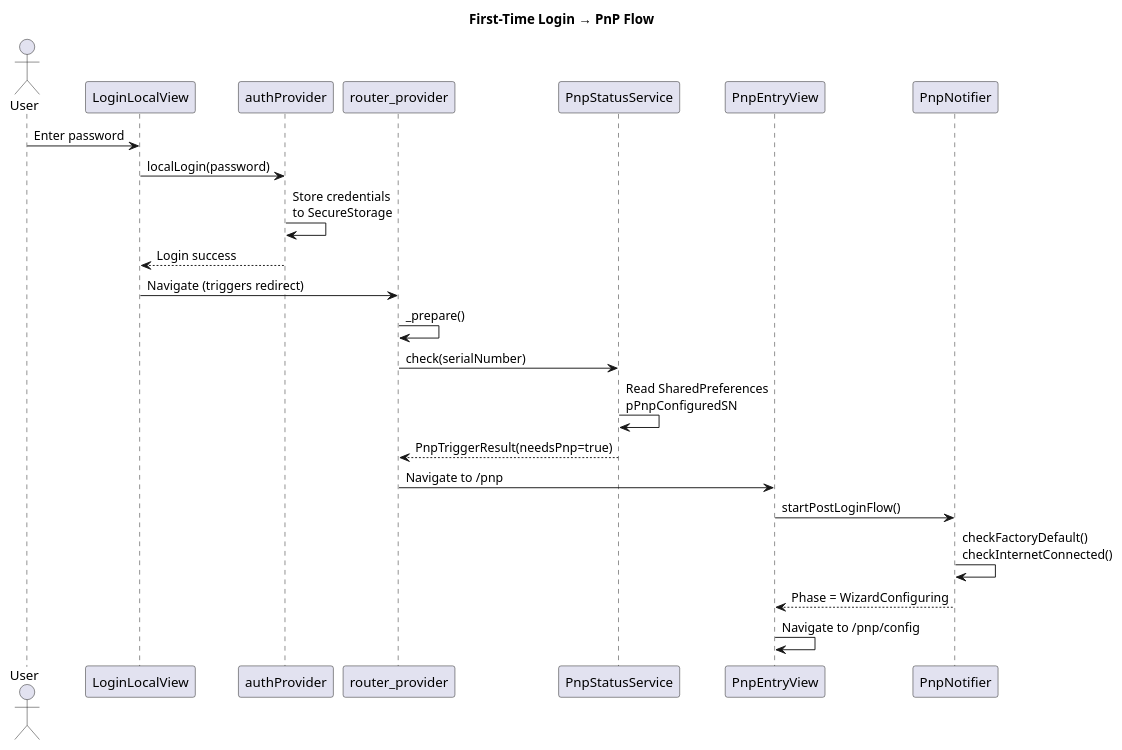
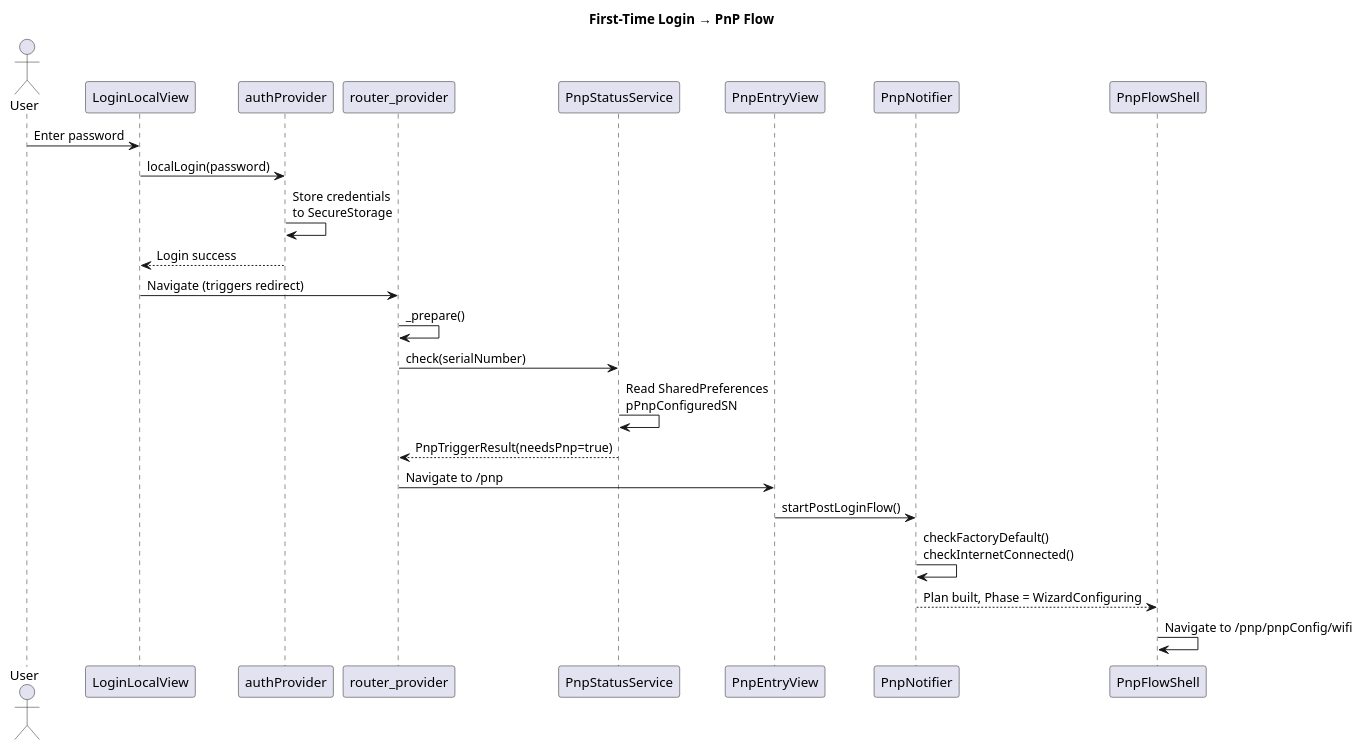
One commit to linksys/PrivacyGUI changed the second of 2 diagrams in doc/pnp/pnp-flow.md. Above: the diagram before and after it, drawn with PlantUML. The commit also changed other lines of this file and 58 other files, not shown here.

First line of the commit message:
refactor(instant-setup): the PnP wizard's steps are routes, its form is one draft per step, and the shell draws the stepper (#1511 P4)

````diff
--- a/doc/pnp/pnp-flow.md
+++ b/doc/pnp/pnp-flow.md
@@ -170,31 +214,32 @@
 ```plantuml
 @startuml
 title First-Time Login → PnP Flow
 
 actor User
 participant LoginLocalView
 participant authProvider
 participant router_provider
 participant PnpStatusService
 participant PnpEntryView
 participant PnpNotifier
+participant PnpFlowShell
 
 User -> LoginLocalView : Enter password
 LoginLocalView -> authProvider : localLogin(password)
 authProvider -> authProvider : Store credentials\nto SecureStorage
 authProvider --> LoginLocalView : Login success
 
 LoginLocalView -> router_provider : Navigate (triggers redirect)
 router_provider -> router_provider : _prepare()
 router_provider -> PnpStatusService : check(serialNumber)
 PnpStatusService -> PnpStatusService : Read SharedPreferences\npPnpConfiguredSN
 PnpStatusService --> router_provider : PnpTriggerResult(needsPnp=true)
 
 router_provider -> PnpEntryView : Navigate to /pnp
 PnpEntryView -> PnpNotifier : startPostLoginFlow()
 PnpNotifier -> PnpNotifier : checkFactoryDefault()\ncheckInternetConnected()
-PnpNotifier --> PnpEntryView : Phase = WizardConfiguring
-PnpEntryView -> PnpEntryView : Navigate to /pnp/config
+PnpNotifier --> PnpFlowShell : Plan built, Phase = WizardConfiguring
+PnpFlowShell -> PnpFlowShell : Navigate to /pnp/pnpConfig/wifi
 
 @enduml
 ```
````
